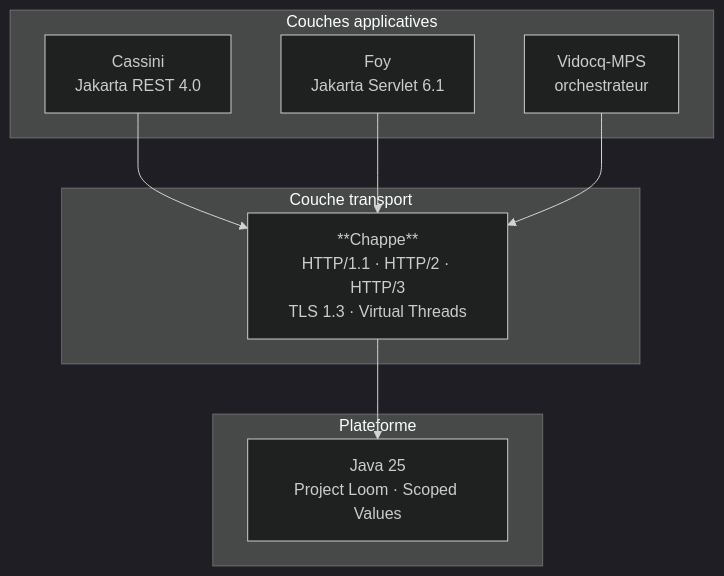
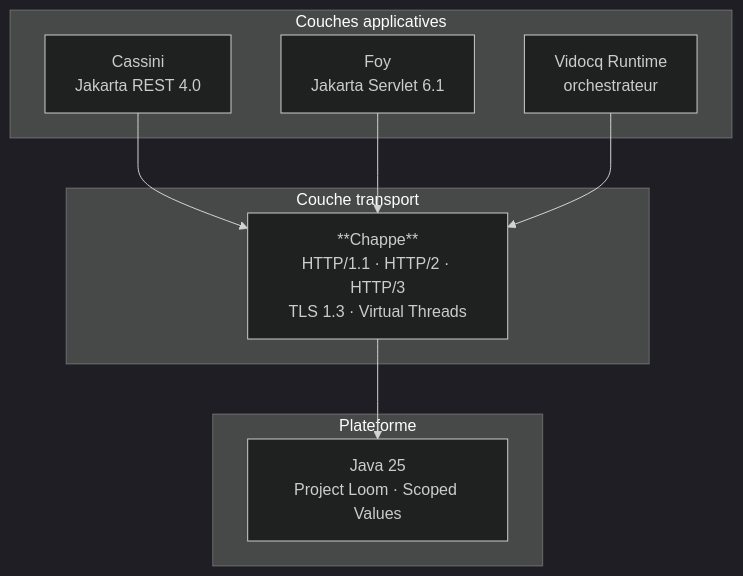
Before and after one commit to vidocq-stack/chappe: the diagram in docs/fr/modules/ROOT/pages/index.adoc, drawn with Mermaid (dark theme). The commit also changed 2 other files, not shown here.

Commit message:
docs: rename vidocq-mps → vidocq (Vidocq Runtime)

```diff
--- a/docs/fr/modules/ROOT/pages/index.adoc
+++ b/docs/fr/modules/ROOT/pages/index.adoc
@@ -39,19 +39,19 @@
 [mermaid]
 ....
 flowchart TB
     subgraph apps["Couches applicatives"]
         cassini["Cassini<br/>Jakarta REST 4.0"]
         foy["Foy<br/>Jakarta Servlet 6.1"]
-        vidocq["Vidocq-MPS<br/>orchestrateur"]
+        vidocq["Vidocq Runtime<br/>orchestrateur"]
     end
     subgraph transport["Couche transport"]
         chappe["**Chappe**<br/>HTTP/1.1 · HTTP/2 · HTTP/3<br/>TLS 1.3 · Virtual Threads"]
     end
     subgraph jdk["Plateforme"]
         loom["Java 25<br/>Project Loom · Scoped Values"]
     end
     cassini --> chappe
     foy --> chappe
     vidocq --> chappe
     chappe --> loom
 ....
```
